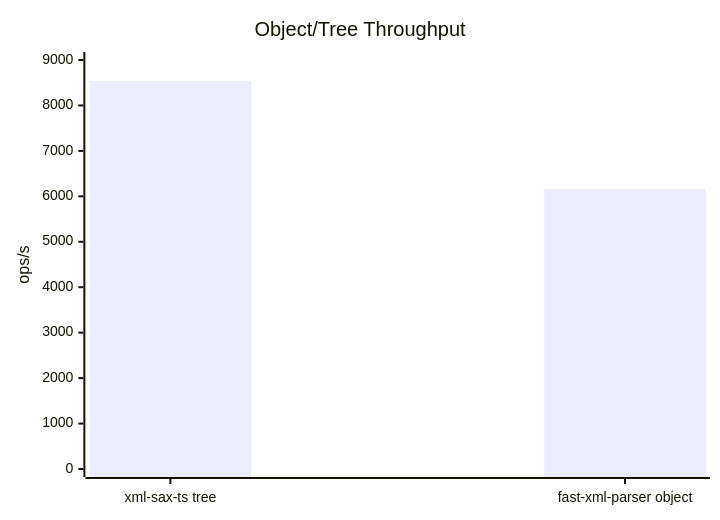
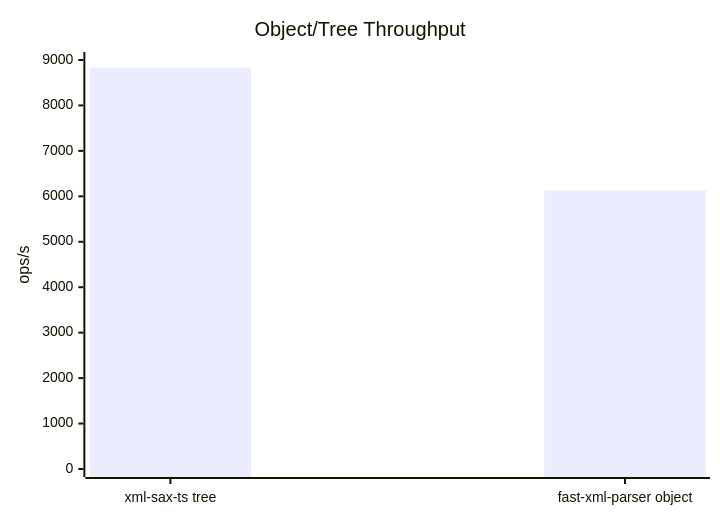
Before and after one commit to aaronzi/xml-sax-ts: the second of 3 diagrams in README.md, drawn with Mermaid. The commit also changed other lines of this file and 1 other file, not shown here.

````diff
--- a/README.md
+++ b/README.md
@@ -217,7 +217,7 @@
 ```mermaid
 xychart-beta
   title "Object/Tree Throughput"
   x-axis ["xml-sax-ts tree", "fast-xml-parser object"]
   y-axis "ops/s" 0 --> 9000
-  bar [8537.02, 6163.08]
+  bar [8833.38, 6128.40]
 ```
````
